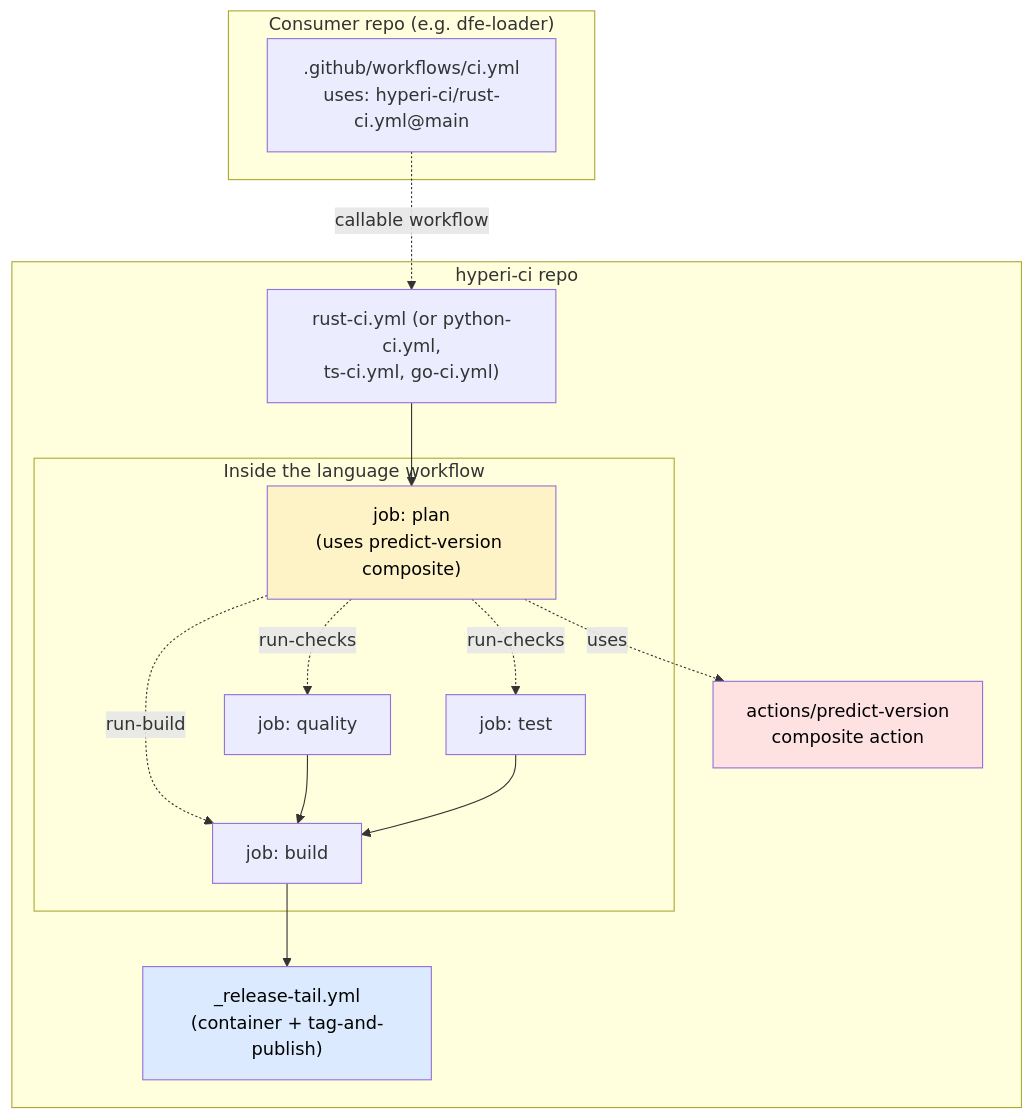
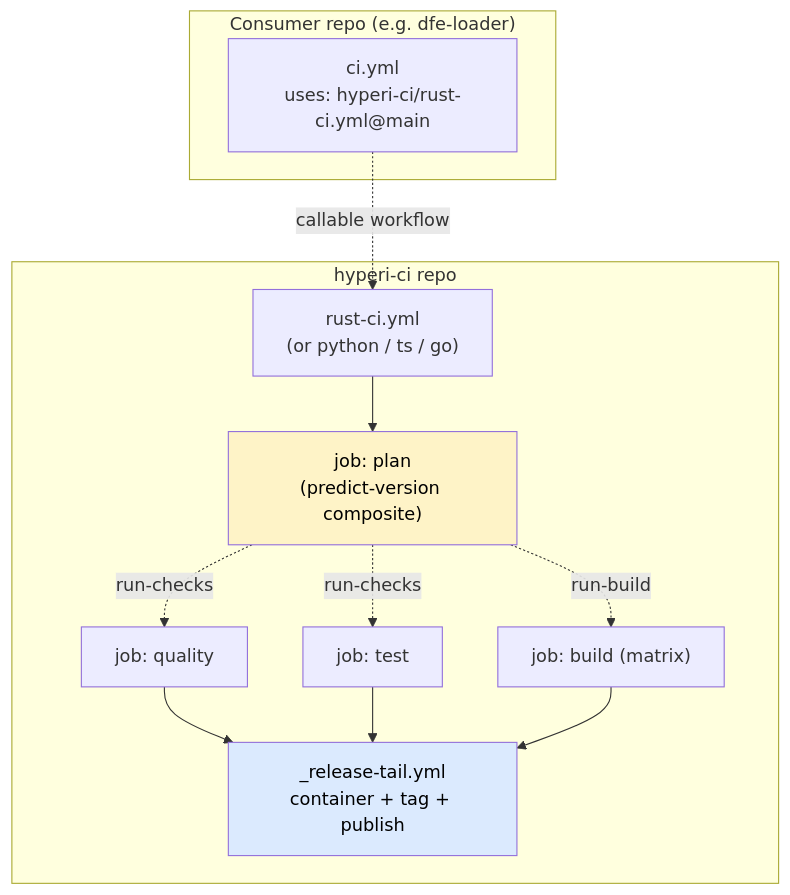
The second of 3 diagrams in docs/ARCHITECTURE.md (hyperi-io/hyperi-ci), drawn with Mermaid before and after one commit. The commit also changed other lines of this file and 174 other files, not shown here.

````diff
--- a/docs/ARCHITECTURE.md
+++ b/docs/ARCHITECTURE.md
@@ -18,34 +44,24 @@
 ```mermaid
 flowchart TB
     subgraph Consumer["Consumer repo (e.g. dfe-loader)"]
-        CC[".github/workflows/ci.yml<br/>uses: hyperi-ci/rust-ci.yml@main"]
+        CC["ci.yml<br/>uses: hyperi-ci/rust-ci.yml@main"]
     end
-
     subgraph HCI["hyperi-ci repo"]
-        L["rust-ci.yml (or python-ci.yml,<br/>ts-ci.yml, go-ci.yml)"]
-
-        subgraph Inside["Inside the language workflow"]
-            P["job: plan<br/>(uses predict-version composite)"]
-            Q["job: quality"]
-            T["job: test"]
-            B["job: build"]
-        end
-
-        RT["_release-tail.yml<br/>(container + tag-and-publish)"]
-        PV["actions/predict-version<br/>composite action"]
+        L["rust-ci.yml<br/>(or python / ts / go)"]
+        P["job: plan<br/>(predict-version composite)"]
+        Q["job: quality"]
+        T["job: test"]
+        B["job: build (matrix)"]
+        RT["_release-tail.yml<br/>container + tag + publish"]
     end
-
     CC -.callable workflow.-> L
     L --> P
     P -. run-checks .-> Q
     P -. run-checks .-> T
     P -. run-build .-> B
-    Q --> B
-    T --> B
+    Q --> RT
+    T --> RT
     B --> RT
-    P -.uses.-> PV
-
     style P fill:#fef3c7,color:#000
     style RT fill:#dbeafe,color:#000
-    style PV fill:#fee2e2,color:#000
 ```
````
